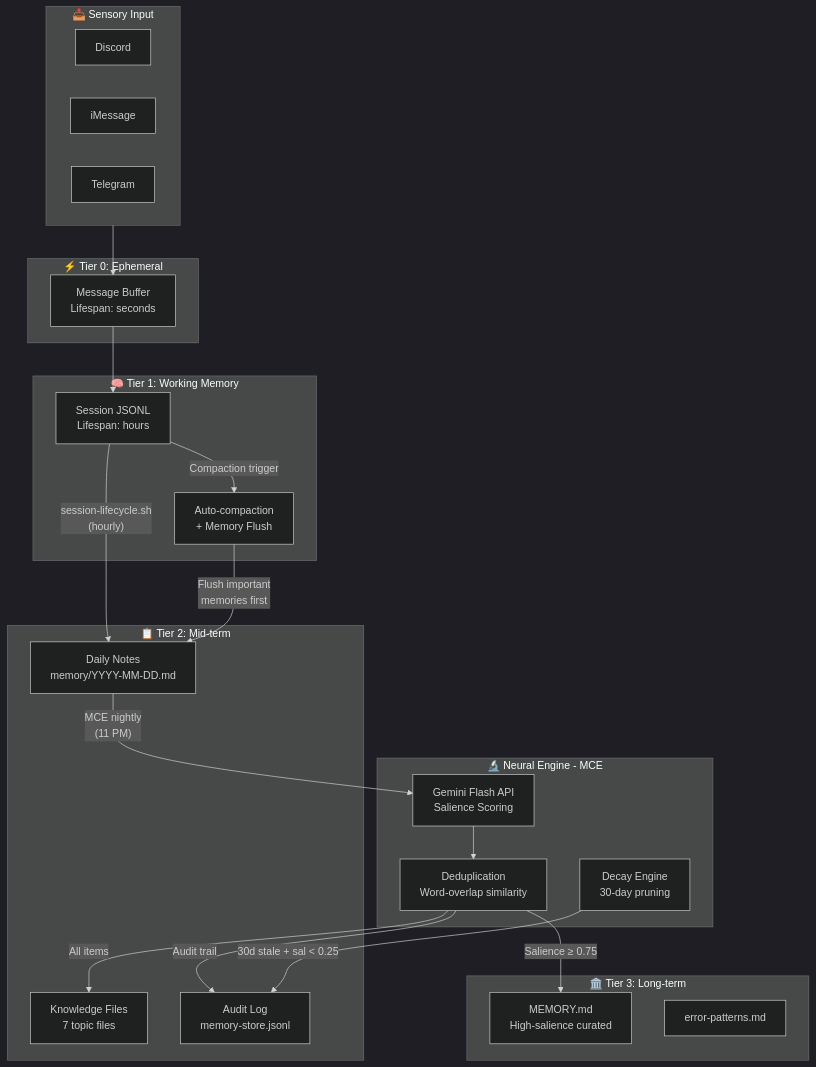
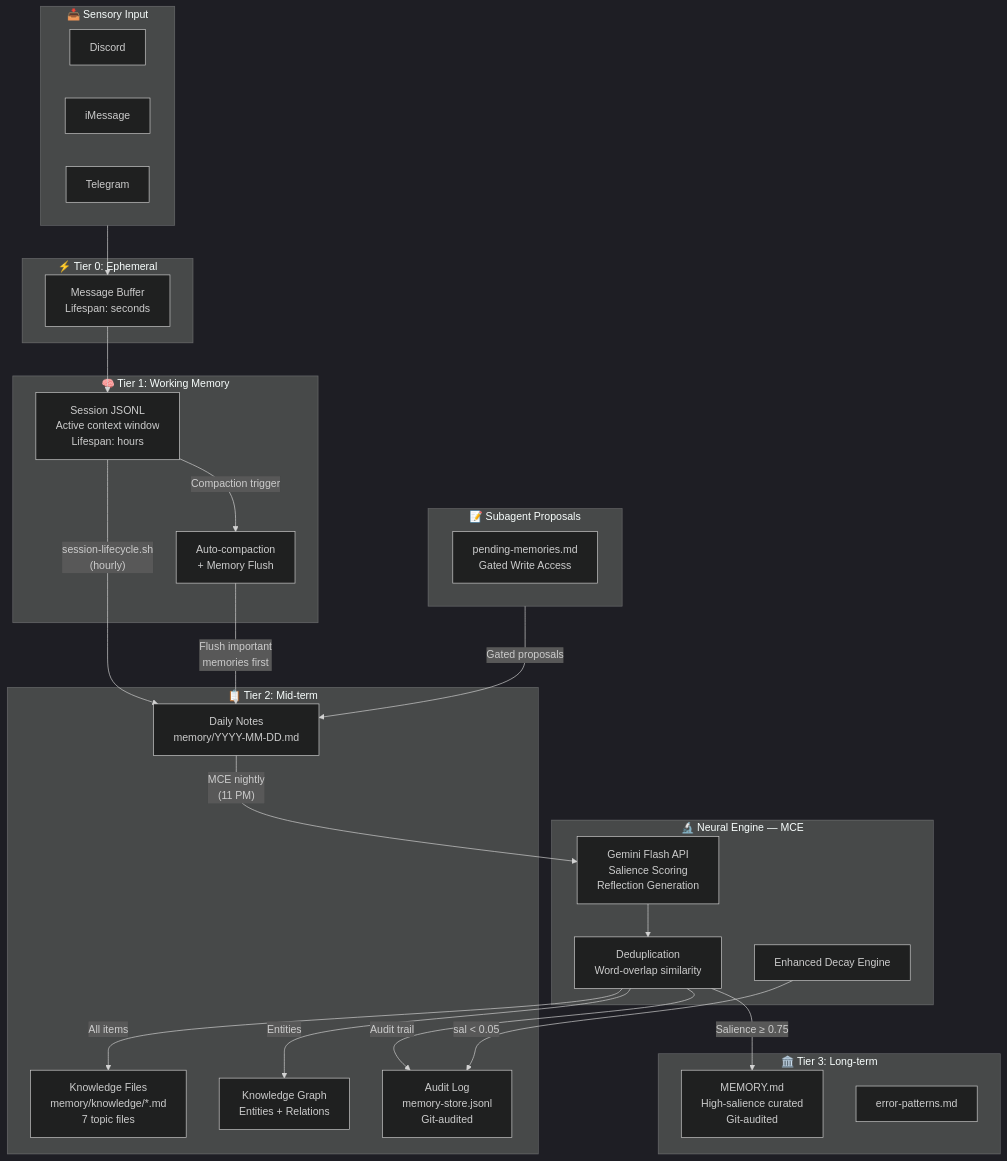
Before and after one commit to aleisterai/aleister-site: the diagram in src/content/about/memory.md, drawn with Mermaid (dark theme). The commit also changed other lines of this file and 9 other files, not shown here.

````diff
--- a/src/content/about/memory.md
+++ b/src/content/about/memory.md
@@ -40,46 +51,53 @@
 ```mermaid
 flowchart TB
     subgraph Input["📥 Sensory Input"]
         Discord["Discord"]
         iMessage["iMessage"]
         Telegram["Telegram"]
     end
 
     subgraph T0["⚡ Tier 0: Ephemeral"]
         Buffer["Message Buffer<br/>Lifespan: seconds"]
     end
 
     subgraph T1["🧠 Tier 1: Working Memory"]
-        Session["Session JSONL<br/>Lifespan: hours"]
+        Session["Session JSONL<br/>Active context window<br/>Lifespan: hours"]
         Compaction["Auto-compaction<br/>+ Memory Flush"]
+    end
+
+    subgraph SubagentGate["📝 Subagent Proposals"]
+        PendingMemories["pending-memories.md<br/>Gated Write Access"]
     end
 
     subgraph T2["📋 Tier 2: Mid-term"]
         Daily["Daily Notes<br/>memory/YYYY-MM-DD.md"]
-        Knowledge["Knowledge Files<br/>7 topic files"]
-        Audit["Audit Log<br/>memory-store.jsonl"]
+        Knowledge["Knowledge Files<br/>memory/knowledge/*.md<br/>7 topic files"]
+        GraphIndex["Knowledge Graph<br/>Entities + Relations"]
+        Audit["Audit Log<br/>memory-store.jsonl<br/>Git-audited"]
     end
 
     subgraph T3["🏛️ Tier 3: Long-term"]
-        MemoryMD["MEMORY.md<br/>High-salience curated"]
+        MemoryMD["MEMORY.md<br/>High-salience curated<br/>Git-audited"]
         ErrorPat["error-patterns.md"]
     end
 
-    subgraph Engine["🔬 Neural Engine - MCE"]
-        Gemini["Gemini Flash API<br/>Salience Scoring"]
+    subgraph Engine["🔬 Neural Engine — MCE"]
+        Gemini["Gemini Flash API<br/>Salience Scoring<br/>Reflection Generation"]
         Dedup["Deduplication<br/>Word-overlap similarity"]
-        Decay["Decay Engine<br/>30-day pruning"]
+        Decay["Enhanced Decay Engine"]
     end
 
     Input --> Buffer
     Buffer --> Session
     Session -->|"session-lifecycle.sh<br/>(hourly)"| Daily
     Session -->|"Compaction trigger"| Compaction
     Compaction -->|"Flush important<br/>memories first"| Daily
+    SubagentGate -->|"Gated proposals"| Daily
     Daily -->|"MCE nightly<br/>(11 PM)"| Gemini
     Gemini --> Dedup
     Dedup -->|"All items"| Knowledge
+    Dedup -->|"Entities"| GraphIndex
     Dedup -->|"Audit trail"| Audit
     Dedup -->|"Salience ≥ 0.75"| MemoryMD
-    Decay -->|"30d stale + sal < 0.25"| Audit
+    Decay -->|"sal < 0.05"| Audit
 ```
````
